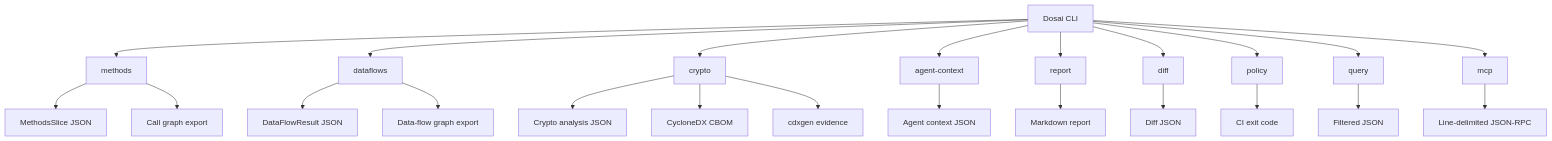
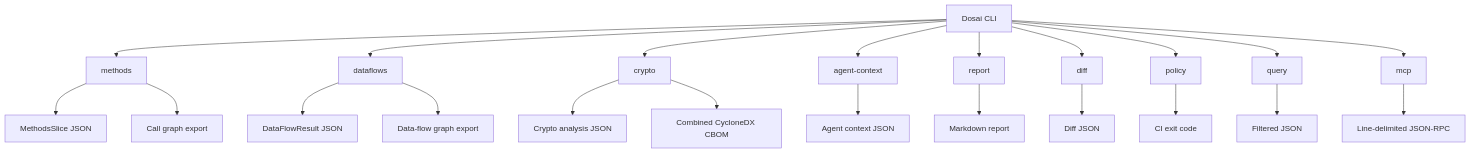
The first of 5 diagrams in docs/commands.md (owasp-dep-scan/dosai), drawn with Mermaid before and after one commit. The commit also changed other lines of this file and 8 other files, not shown here.

Commit message:
Remove cdxgen-evidence crypto output; unify CBOM and evidence in CycloneDX export; update docs, tests, and CLI for combined format

````diff
--- a/docs/commands.md
+++ b/docs/commands.md
@@ -7,26 +7,25 @@
 ```mermaid
 flowchart TD
     CLI[Dosai CLI] --> Methods[methods]
     CLI --> Dataflows[dataflows]
     CLI --> Crypto[crypto]
     CLI --> Agent[agent-context]
     CLI --> Report[report]
     CLI --> Diff[diff]
     CLI --> Policy[policy]
     CLI --> Query[query]
     CLI --> MCP[mcp]
 
     Methods --> MethodsJson[MethodsSlice JSON]
     Methods --> CallGraph[Call graph export]
     Dataflows --> DataflowJson[DataFlowResult JSON]
     Dataflows --> DataflowGraph[Data-flow graph export]
     Crypto --> CryptoJson[Crypto analysis JSON]
-    Crypto --> CBOM[CycloneDX CBOM]
-    Crypto --> Evidence[cdxgen evidence]
+    Crypto --> CBOM[Combined CycloneDX CBOM]
     Agent --> AgentJson[Agent context JSON]
     Report --> Markdown[Markdown report]
     Diff --> DiffJson[Diff JSON]
     Policy --> ExitCode[CI exit code]
     Query --> QueryJson[Filtered JSON]
     MCP --> JsonRpc[Line-delimited JSON-RPC]
 ```
````
